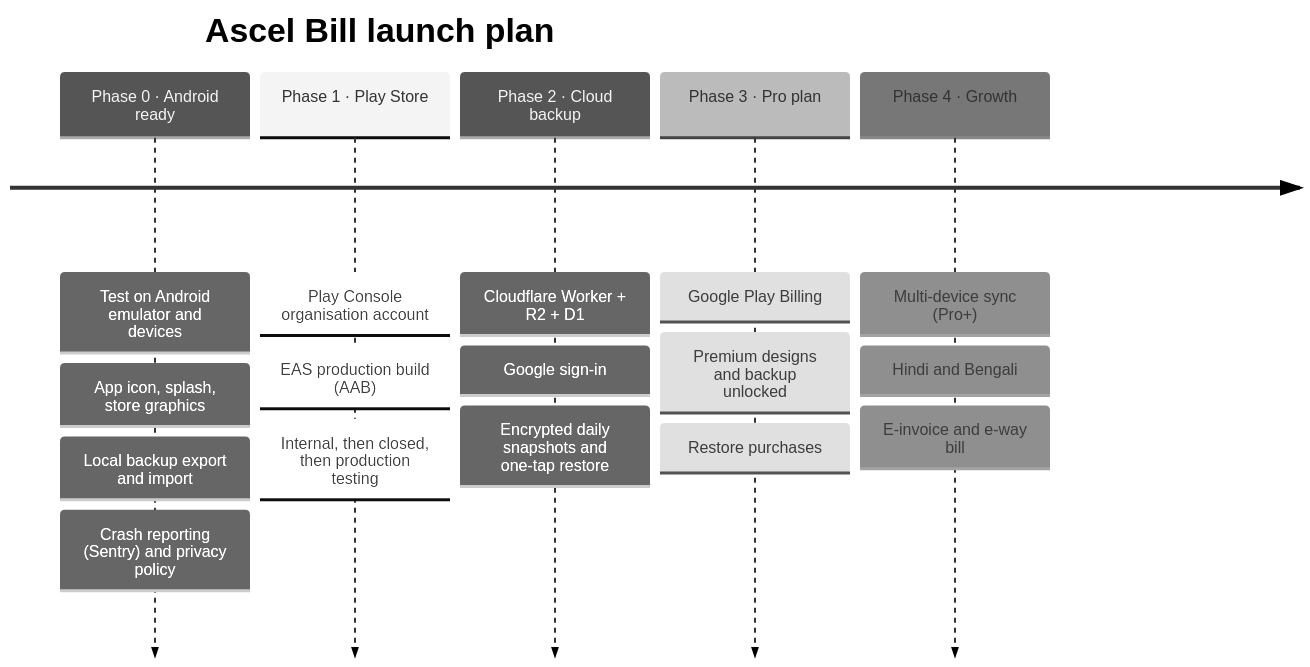
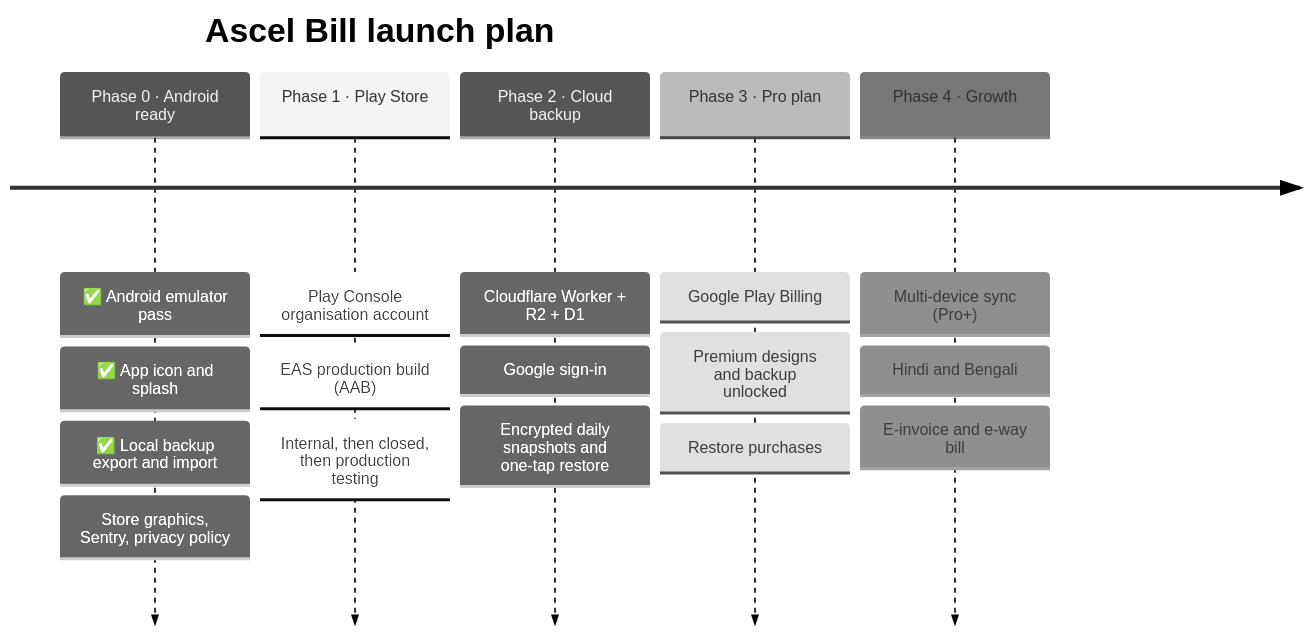
One commit to ASCEL6251/ASCELBILLAPP changed the third of 3 diagrams in README.md. Above: the diagram before and after it, drawn with Mermaid (neutral theme). The commit also changed other lines of this file and 16 other files, not shown here.

First line of the commit message:
Phase 0: brand icon, splash, local backup, Android fixes

````diff
--- a/README.md
+++ b/README.md
@@ -247,9 +253,9 @@
 ```mermaid
 timeline
   title Ascel Bill launch plan
-  Phase 0 · Android ready : Test on Android emulator and devices : App icon, splash, store graphics : Local backup export and import : Crash reporting (Sentry) and privacy policy
+  Phase 0 · Android ready : ✅ Android emulator pass : ✅ App icon and splash : ✅ Local backup export and import : Store graphics, Sentry, privacy policy
   Phase 1 · Play Store : Play Console organisation account : EAS production build (AAB) : Internal, then closed, then production testing
   Phase 2 · Cloud backup : Cloudflare Worker + R2 + D1 : Google sign-in : Encrypted daily snapshots and one-tap restore
   Phase 3 · Pro plan : Google Play Billing : Premium designs and backup unlocked : Restore purchases
   Phase 4 · Growth : Multi-device sync (Pro+) : Hindi and Bengali : E-invoice and e-way bill
 ```
````
